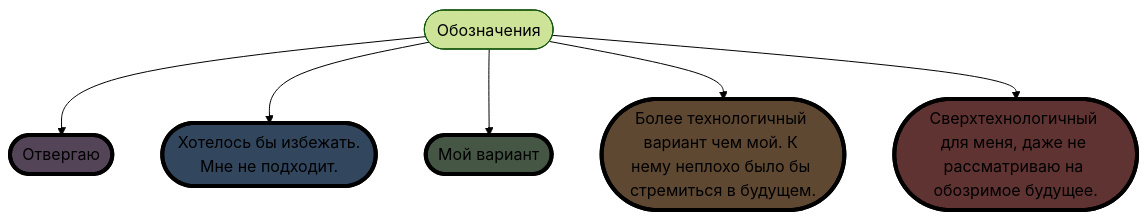
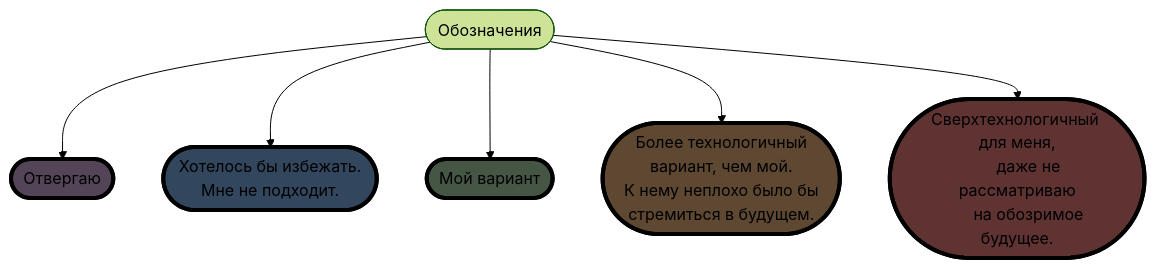
One commit to ufrs12/OLTA-RU changed the first of 2 diagrams in README.md. Above: the diagram before and after it, drawn with Mermaid (forest theme).

````diff
--- a/README.md
+++ b/README.md
@@ -7,24 +7,29 @@
 ```mermaid
 graph TD;
 classDef class1 fill:#544457, stroke:#000, stroke-width:4px
 classDef class2 fill:#32465e, stroke:#000, stroke-width:4px
 classDef class3 fill:#455744, stroke:#000, stroke-width:4px
 classDef class4 fill:#5e4832, stroke:#000, stroke-width:4px
 classDef class5 fill:#5e3332, stroke:#000, stroke-width:4px
 
    
     A([Обозначения])
     B([Отвергаю]):::class1
     C([Хотелось бы избежать.
       Мне не подходит.]):::class2
     D([Мой вариант]):::class3
-    E([Более технологичный вариант чем мой. К нему неплохо было бы стремиться в будущем.]):::class4
-    F([Сверхтехнологичный для меня, даже не рассматриваю на обозримое будущее.]):::class5
+    E([Более технологичный
+      вариант, чем мой.  
+      К нему неплохо было бы
+      стремиться в будущем.]):::class4
+    F([Сверхтехнологичный для меня,
+      даже не рассматриваю
+      на обозримое будущее.]):::class5
 
     A-->B;
     A-->C;
     A-->D;
     A-->E;
     A-->F;
 
 ```
````
